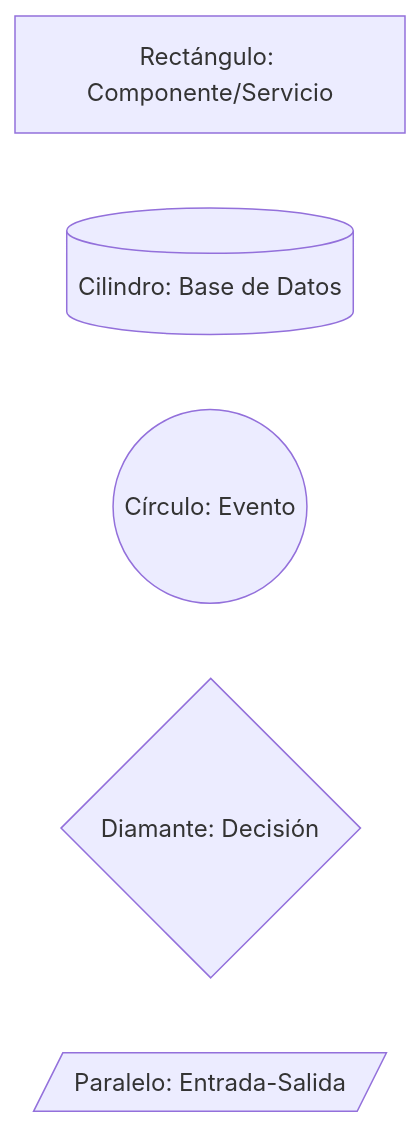
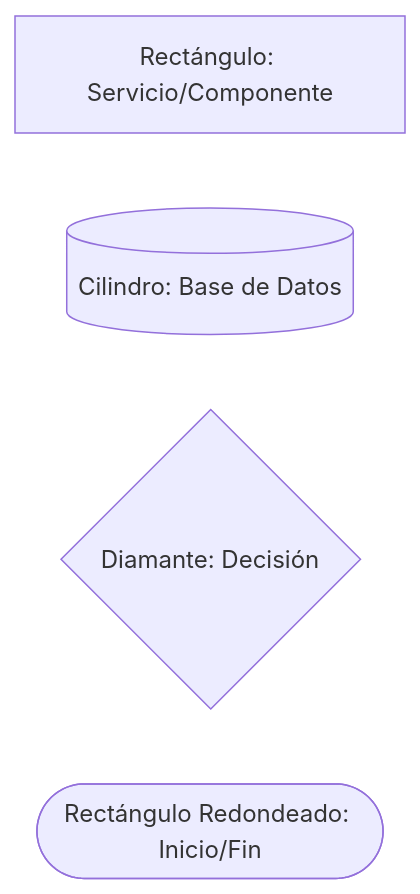
The sixth of 12 diagrams in docs/DIAGRAMAS.md (Asimpl3-Hero/RubyDoubleV), drawn with Mermaid before and after one commit. The commit also changed other lines of this file, not shown here.

First line of the commit message:
Update DIAGRAMAS.md

````diff
--- a/docs/DIAGRAMAS.md
+++ b/docs/DIAGRAMAS.md
@@ -111,8 +185,7 @@
 ```mermaid
 graph LR
-    A[Rectángulo: Componente/Servicio]
+    A[Rectángulo: Servicio/Componente]
     B[(Cilindro: Base de Datos)]
-    C((Círculo: Evento))
-    D{Diamante: Decisión}
-    E[/Paralelo: Entrada-Salida/]
+    C{Diamante: Decisión}
+    D([Rectángulo Redondeado: Inicio/Fin])
 ```
````
